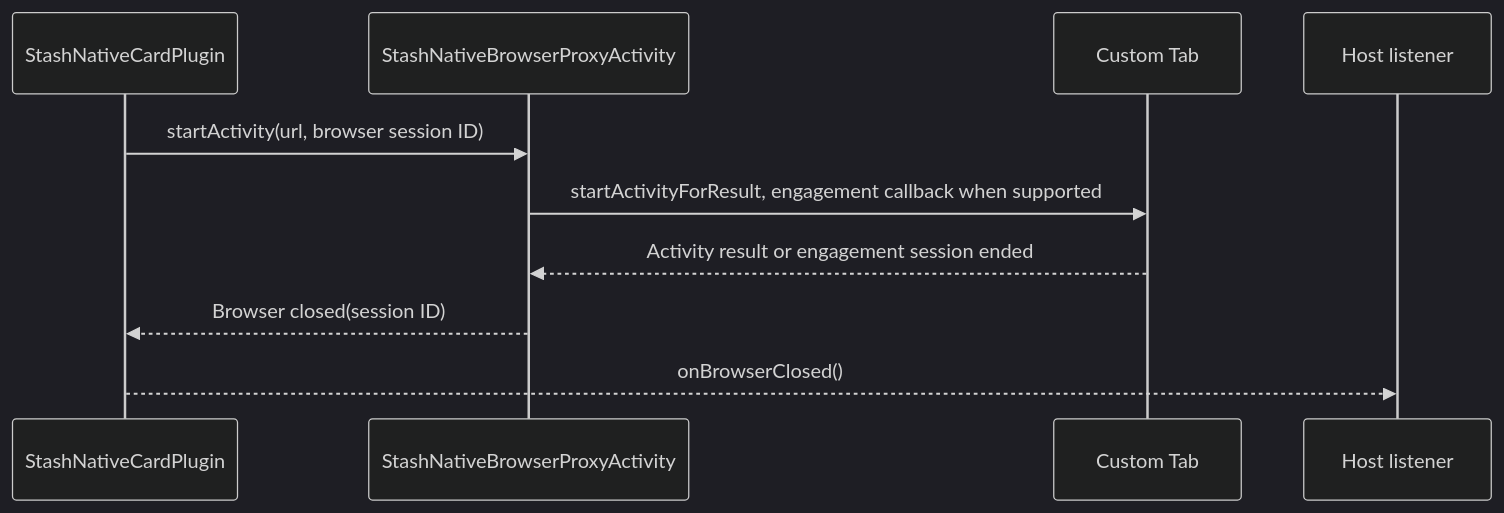
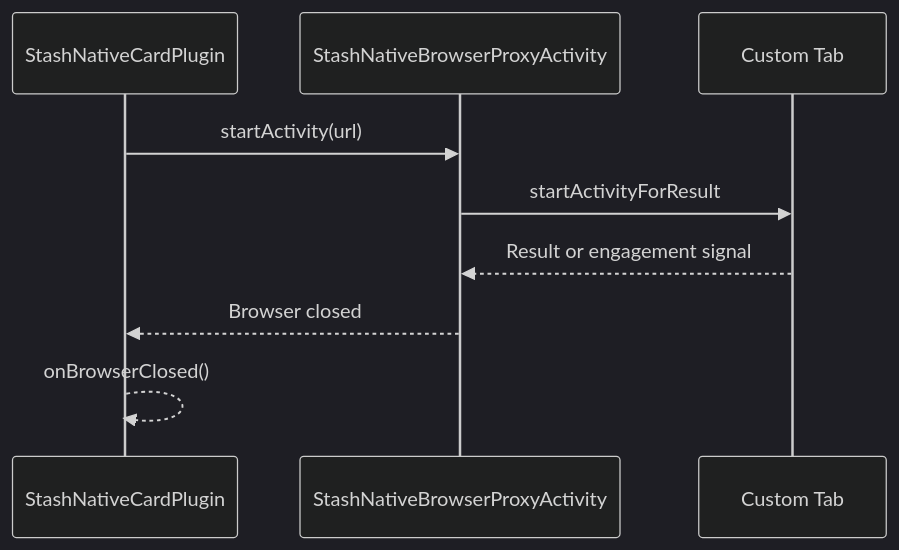
One commit to stashgg/stash-native changed the second of 2 diagrams in docs/architecture/android.md. Above: the diagram before and after it, drawn with Mermaid (dark theme). The commit also changed other lines of this file and 19 other files, not shown here.

First line of the commit message:
[docs] Restructure docs into Overview, Usage, and Platform Architecture

````diff
--- a/docs/architecture/android.md
+++ b/docs/architecture/android.md
@@ -131,13 +96,12 @@
 ```mermaid
 sequenceDiagram
     participant Plugin as StashNativeCardPlugin
     participant Proxy as StashNativeBrowserProxyActivity
     participant Tab as Custom Tab
-    participant Host as Host listener
 
-    Plugin->>Proxy: startActivity(url, browser session ID)
-    Proxy->>Tab: startActivityForResult, engagement callback when supported
-    Tab-->>Proxy: Activity result or engagement session ended
-    Proxy-->>Plugin: Browser closed(session ID)
-    Plugin-->>Host: onBrowserClosed()
+    Plugin->>Proxy: startActivity(url)
+    Proxy->>Tab: startActivityForResult
+    Tab-->>Proxy: Result or engagement signal
+    Proxy-->>Plugin: Browser closed
+    Plugin-->>Plugin: onBrowserClosed()
 ```
````
